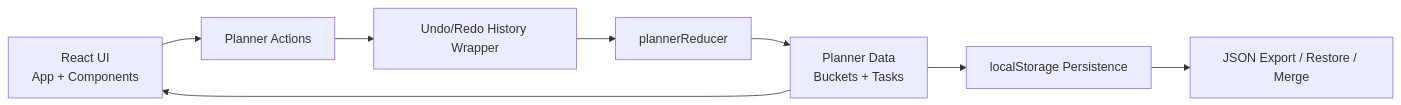
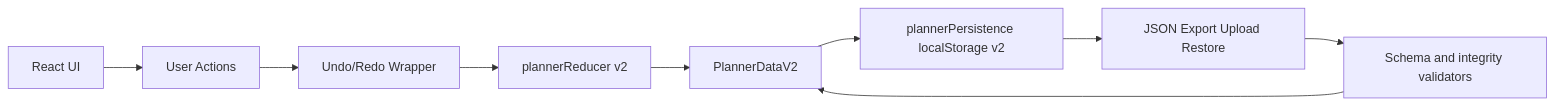
The diagram in README.md (Nobodyworld/planner-buckets), drawn with Mermaid before and after one commit. The commit also changed other lines of this file and 13 other files, not shown here.

````diff
--- a/README.md
+++ b/README.md
@@ -25,10 +108,11 @@
 ```mermaid
 flowchart LR
-   UI[React UI\nApp + Components] --> Actions[Planner Actions]
-   Actions --> History[Undo/Redo History Wrapper]
-   History --> Reducer[plannerReducer]
-   Reducer --> State[Planner Data\nBuckets + Tasks]
-   State --> Storage[localStorage Persistence]
-   Storage --> ImportExport[JSON Export / Restore / Merge]
-   State --> UI
+   UI[React UI] --> Actions[User Actions]
+   Actions --> History[Undo/Redo Wrapper]
+   History --> Reducer[plannerReducer v2]
+   Reducer --> State[PlannerDataV2]
+   State --> Persist[plannerPersistence localStorage v2]
+   Persist --> ImportExport[JSON Export Upload Restore]
+   ImportExport --> Validation[Schema and integrity validators]
+   Validation --> State
 ```
````
